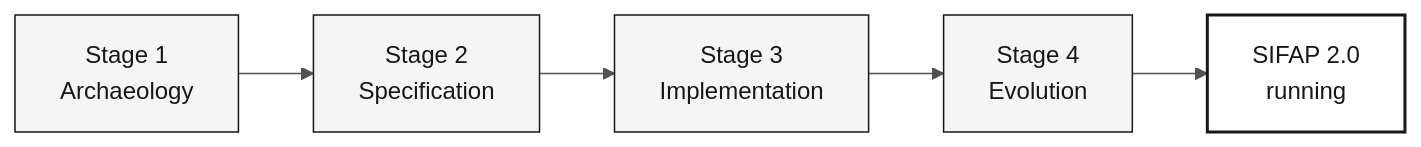
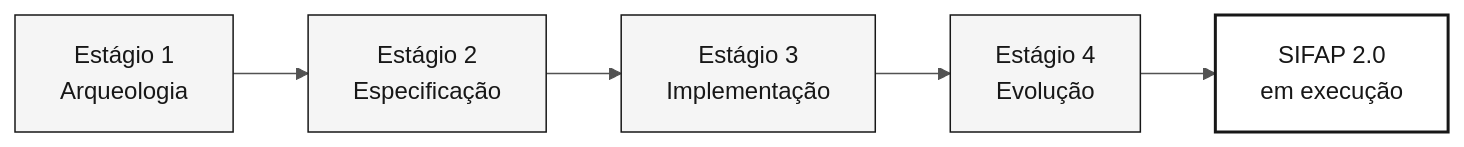
The diagram in docs/DOC-STYLE-GUIDE.md (paulasilvatech/datacorp-sifap-team-kit-pt-br), drawn with Mermaid before and after one commit. The commit also changed other lines of this file and 361 other files, not shown here.

````diff
--- a/docs/DOC-STYLE-GUIDE.md
+++ b/docs/DOC-STYLE-GUIDE.md
@@ -139,13 +139,13 @@
 ```mermaid
 %%{init: {'theme':'neutral','themeVariables':{'fontFamily':'ui-sans-serif, system-ui, sans-serif','primaryColor':'#F5F5F5','primaryTextColor':'#171717','primaryBorderColor':'#171717','lineColor':'#525252','secondaryColor':'#FFFFFF','tertiaryColor':'#FAFAFA','background':'#FFFFFF'}}}%%
 flowchart LR
     classDef step fill:#F5F5F5,stroke:#171717,color:#171717
     classDef alt fill:#FFFFFF,stroke:#525252,color:#171717
     classDef muted fill:#FAFAFA,stroke:#A3A3A3,color:#404040
     classDef result fill:#FFFFFF,stroke:#171717,color:#171717,stroke-width:2px
 
-    A["Stage 1<br/>Archaeology"]:::step --> B["Stage 2<br/>Specification"]:::step
-    B --> C["Stage 3<br/>Implementation"]:::step
-    C --> D["Stage 4<br/>Evolution"]:::step
-    D --> E["SIFAP 2.0<br/>running"]:::result
+    A["Estágio 1<br/>Arqueologia"]:::step --> B["Estágio 2<br/>Especificação"]:::step
+    B --> C["Estágio 3<br/>Implementação"]:::step
+    C --> D["Estágio 4<br/>Evolução"]:::step
+    D --> E["SIFAP 2.0<br/>em execução"]:::result
 ```
````
